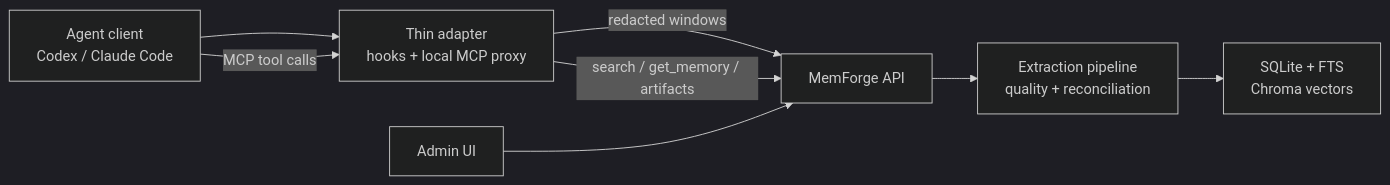
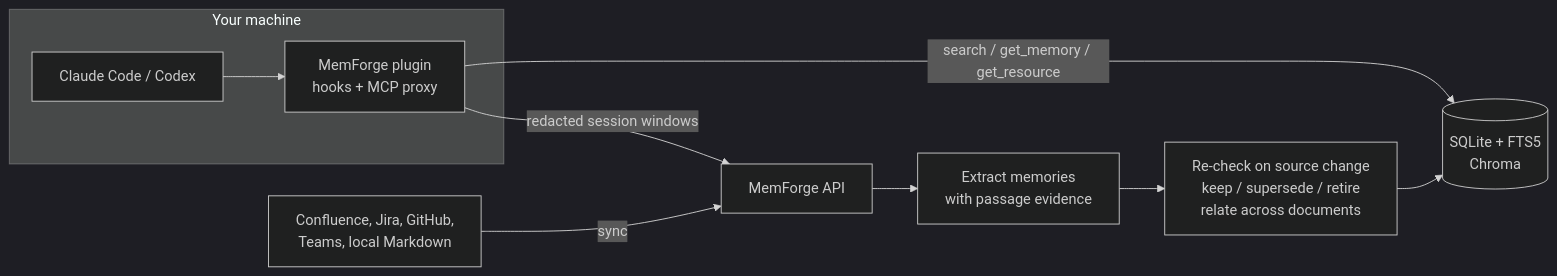
The diagram in README.md (shno-labs/mem-forge), drawn with Mermaid (dark theme) before and after one commit. The commit also changed other lines of this file and 2 other files, not shown here.

````diff
--- a/README.md
+++ b/README.md
@@ -82,17 +99,18 @@
 ```mermaid
 flowchart LR
-  Agent["Agent client\nCodex / Claude Code"]
-  Adapter["Thin adapter\nhooks + local MCP proxy"]
+  subgraph You["Your machine"]
+    CC["Claude Code / Codex"]
+    Plugin["MemForge plugin<br/>hooks + MCP proxy"]
+  end
+  Docs["Confluence, Jira, GitHub,<br/>Teams, local Markdown"]
   API["MemForge API"]
-  Pipeline["Extraction pipeline\nquality + reconciliation"]
-  Store["SQLite + FTS\nChroma vectors"]
-  UI["Admin UI"]
+  Extract["Extract memories<br/>with passage evidence"]
+  Recheck["Re-check on source change<br/>keep / supersede / retire<br/>relate across documents"]
+  Store[("SQLite + FTS5<br/>Chroma")]
 
-  Agent --> Adapter
-  Adapter -->|"redacted windows"| API
-  API --> Pipeline
-  Pipeline --> Store
-  UI --> API
-  Agent -->|"MCP tool calls"| Adapter
-  Adapter -->|"search / get_memory / artifacts"| API
+  CC --> Plugin
+  Plugin -- "redacted session windows" --> API
+  Docs -- "sync" --> API
+  API --> Extract --> Recheck --> Store
+  Plugin -- "search / get_memory / get_resource" --> Store
 ```
````
